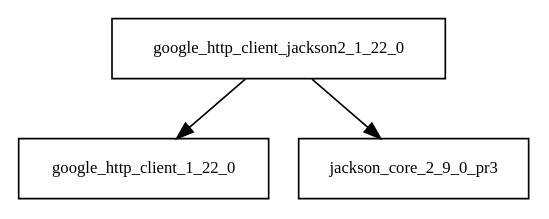
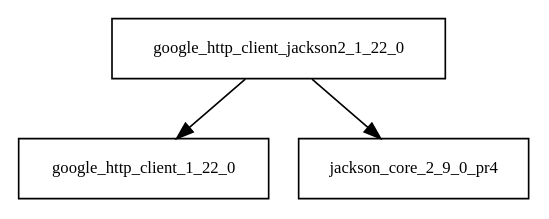
Before and after one commit to AglaianWoman/cia: the diagram in tattleTaleReport/graphviz/google-http-client-jackson2-1.22.0.jar/google-http-client-jackson2-1.22.0.jar.dot, drawn with Graphviz. The commit also changed 1763 other files, not shown here.

```diff
--- a/tattleTaleReport/graphviz/google-http-client-jackson2-1.22.0.jar/google-http-client-jackson2-1.22.0.jar.dot
+++ b/tattleTaleReport/graphviz/google-http-client-jackson2-1.22.0.jar/google-http-client-jackson2-1.22.0.jar.dot
@@ -1,5 +1,5 @@
 digraph google_http_client_jackson2_1_22_0_dependencies {
   node [shape = box, fontsize=10.0];
   google_http_client_jackson2_1_22_0 -> google_http_client_1_22_0;
-  google_http_client_jackson2_1_22_0 -> jackson_core_2_9_0_pr3;
+  google_http_client_jackson2_1_22_0 -> jackson_core_2_9_0_pr4;
 }
```
